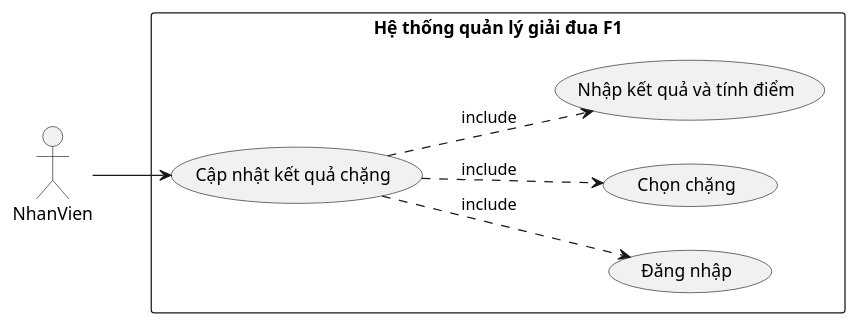
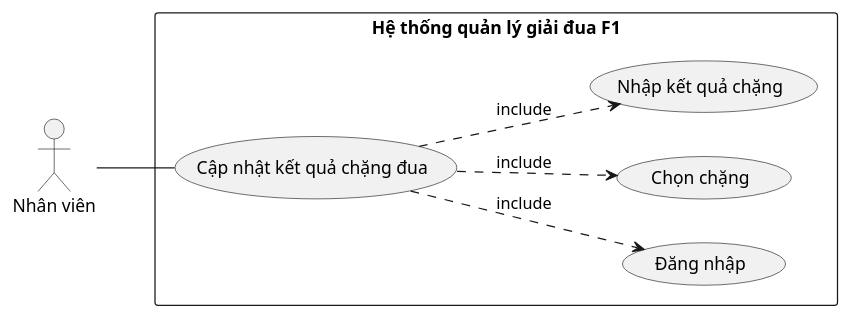
One commit to 7gho/CNPM-He2026 changed the first of 6 diagrams in Module 3 - Kiet/noi-dung.md. Above: the diagram before and after it, drawn with PlantUML. The commit also changed other lines of this file and 53 other files, not shown here.

````diff
--- a/Module 3 - Kiet/noi-dung.md
+++ b/Module 3 - Kiet/noi-dung.md
@@ -29,18 +44,19 @@
 ```plantuml
 @startuml
 left to right direction
-actor NhanVien
+
+actor "Nhân viên" as NV
 
 rectangle "Hệ thống quản lý giải đua F1" {
-  usecase "Cập nhật kết quả chặng" as UC
+  usecase "Cập nhật kết quả chặng đua" as UC
   usecase "Đăng nhập" as DN
   usecase "Chọn chặng" as CC
-  usecase "Nhập kết quả và tính điểm" as NK
+  usecase "Nhập kết quả chặng" as NK
 }
 
-NhanVien --> UC
+NV -- UC
 UC ..> DN : include
 UC ..> CC : include
 UC ..> NK : include
 @enduml
 ```
````
